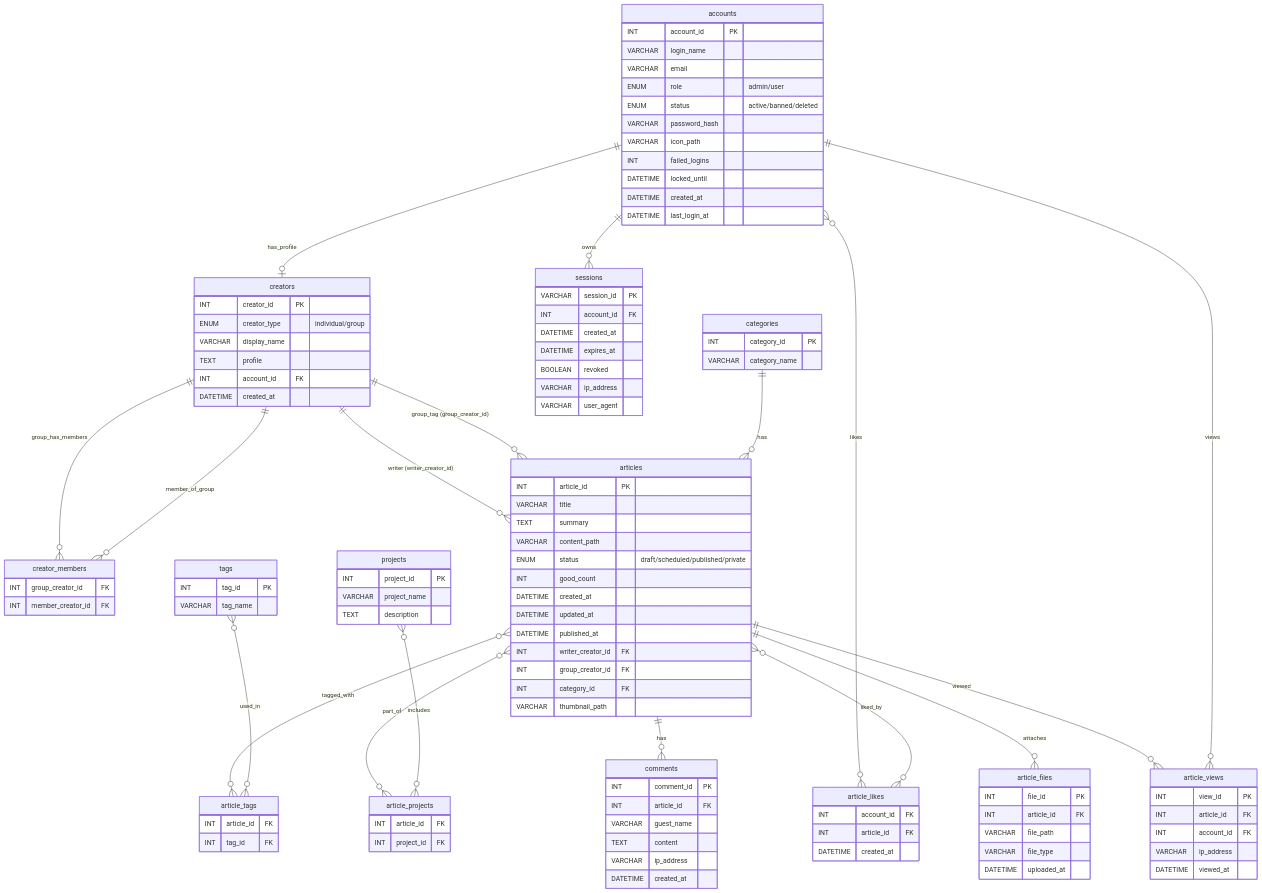
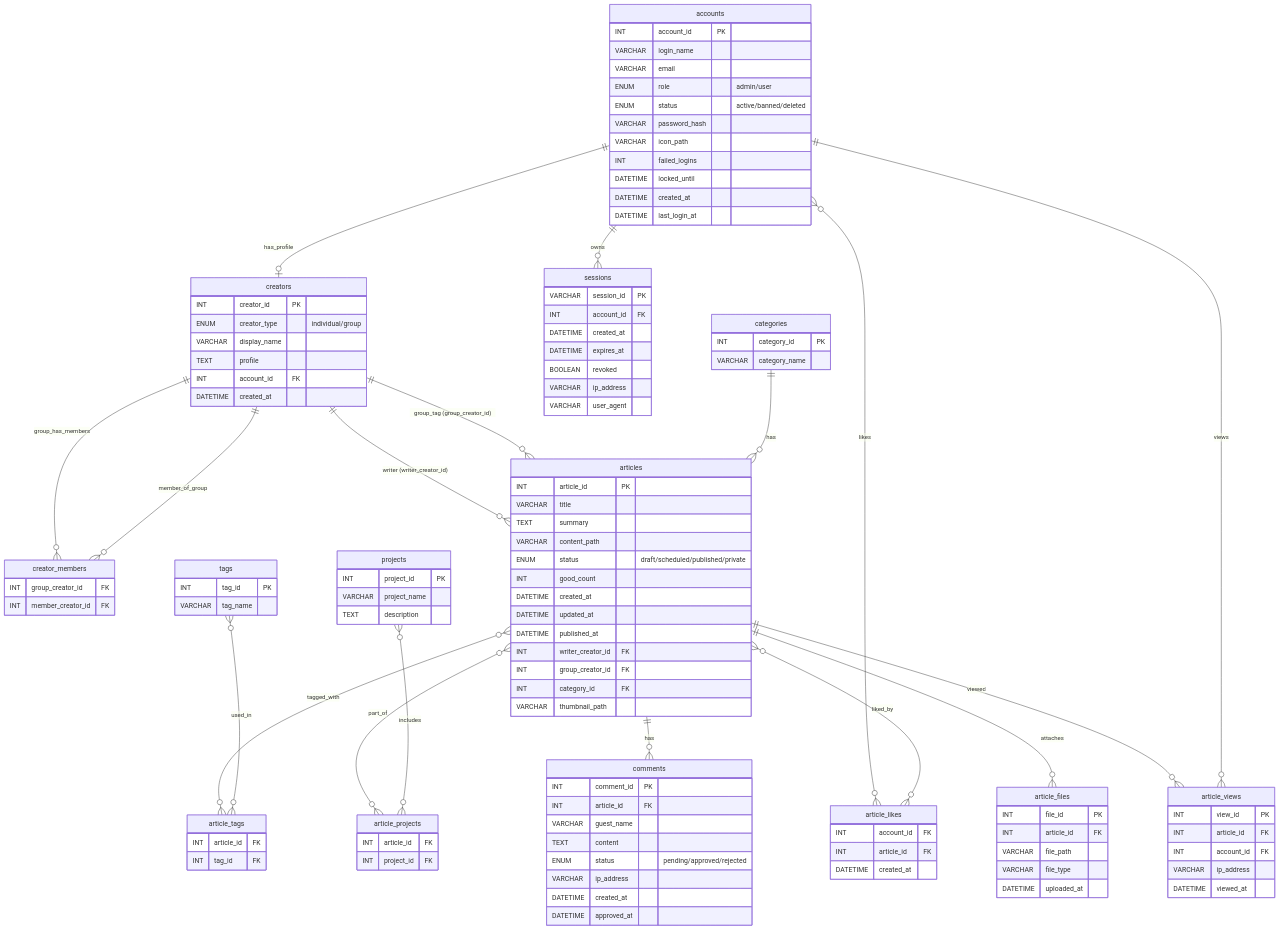
The diagram in plan/DB設計.md (UI1120/CoderBlog), drawn with Mermaid before and after one commit. The commit also changed other lines of this file and 14 other files, not shown here.

```diff
--- a/plan/DB設計.md
+++ b/plan/DB設計.md
@@ -221,8 +223,10 @@
         INT article_id FK
         VARCHAR guest_name
         TEXT content
+        ENUM status "pending/approved/rejected"
         VARCHAR ip_address
         DATETIME created_at
+        DATETIME approved_at
     }
 
     article_likes {
```
